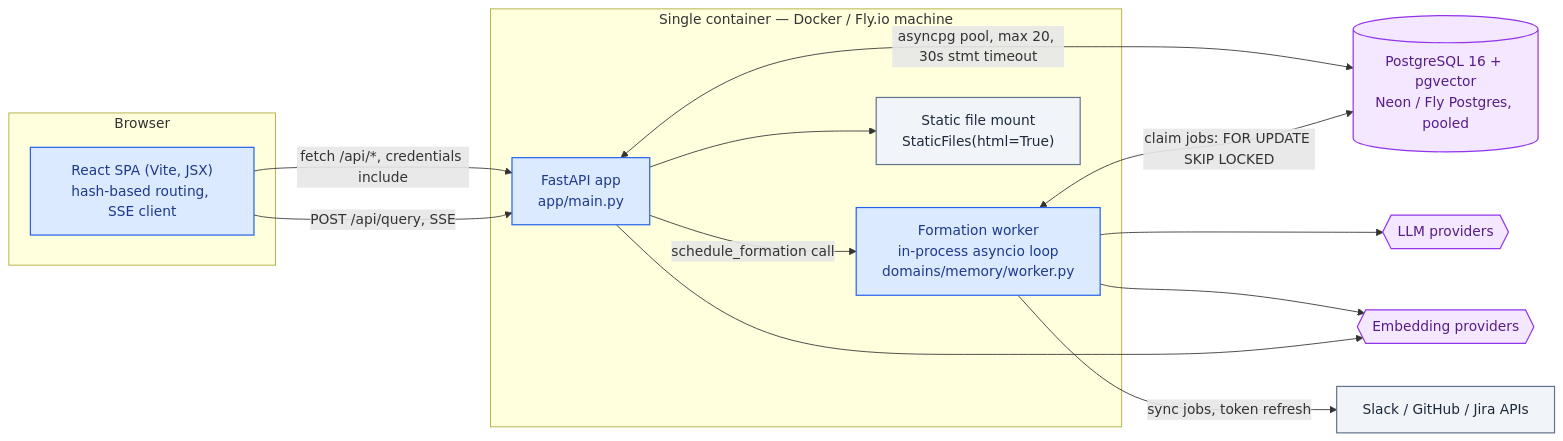
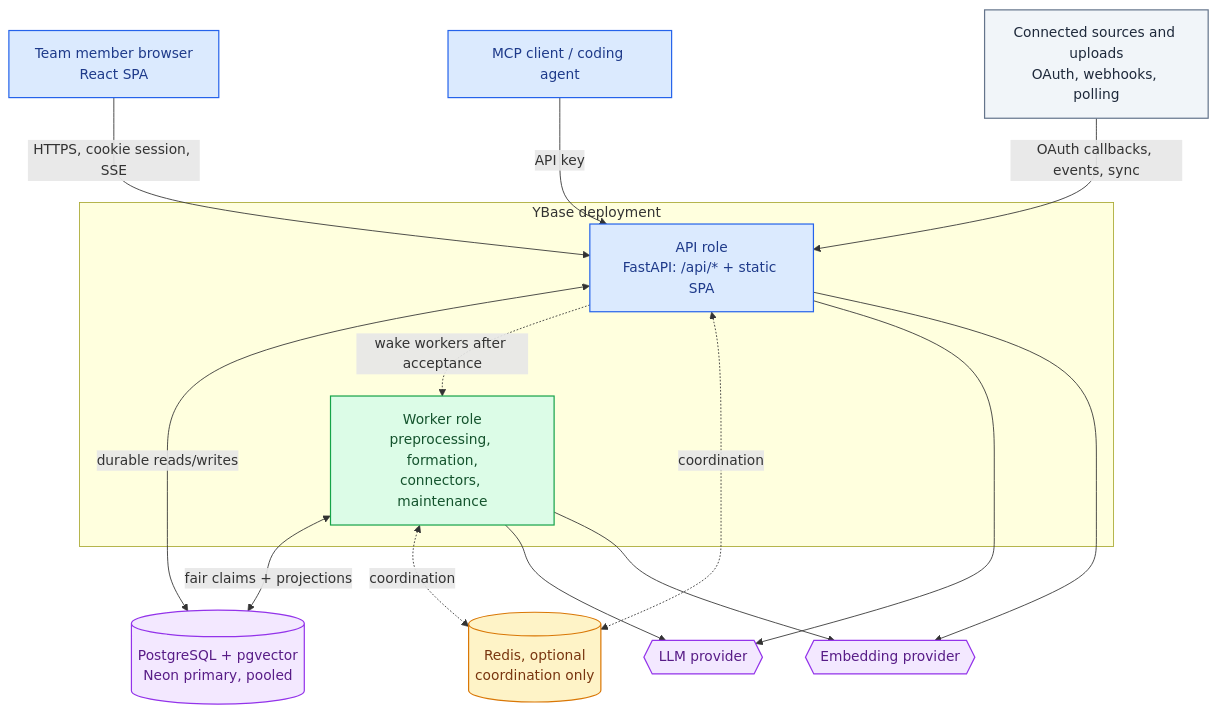
The second of 8 diagrams in README.md (KarimMakhlas/YBase), drawn with Mermaid before and after one commit. The commit also changed other lines of this file and 1 other file, not shown here.

Commit message:
docs: rebuild current architecture documentation

````diff
--- a/README.md
+++ b/README.md
@@ -103,30 +108,35 @@
 ```mermaid
-flowchart LR
-  subgraph Client["Browser"]
-    SPA["React SPA (Vite, JSX)<br/>hash-based routing, SSE client"]:::blue
+flowchart TB
+  Browser["Team member browser<br/>React SPA"]:::blue
+  Agent["MCP client / coding agent"]:::blue
+  Sources["Connected sources and uploads<br/>OAuth, webhooks, polling"]:::gray
+
+  subgraph App["YBase deployment"]
+    API["API role<br/>FastAPI: /api/* + static SPA"]:::blue
+    Worker["Worker role<br/>preprocessing, formation,<br/>connectors, maintenance"]:::green
   end
-  subgraph Server["Single container — Docker / Fly.io machine"]
-    API["FastAPI app<br/>app/main.py"]:::blue
-    Worker["Formation worker<br/>in-process asyncio loop<br/>domains/memory/worker.py"]:::blue
-    Static["Static file mount<br/>StaticFiles(html=True)"]:::gray
-  end
-  DB[(PostgreSQL 16 + pgvector<br/>Neon / Fly Postgres, pooled)]:::purple
-  LLMP{{"LLM providers"}}:::purple
-  EmbedP{{"Embedding providers"}}:::purple
-  Ext["Slack / GitHub / Jira APIs"]:::gray
 
-  SPA -->|fetch /api/*, credentials include| API
-  SPA -->|POST /api/query, SSE| API
-  API --> Static
-  API <-->|asyncpg pool, max 20, 30s stmt timeout| DB
-  Worker <-->|claim jobs: FOR UPDATE SKIP LOCKED| DB
-  API -->|schedule_formation call| Worker
-  Worker --> LLMP
-  Worker --> EmbedP
-  API --> EmbedP
-  Worker -->|sync jobs, token refresh| Ext
+  DB[(PostgreSQL + pgvector<br/>Neon primary, pooled)]:::purple
+  Redis[(Redis, optional<br/>coordination only)]:::amber
+  LLM{{"LLM provider"}}:::purple
+  Embed{{"Embedding provider"}}:::purple
+
+  Browser -->|HTTPS, cookie session, SSE| API
+  Agent -->|API key| API
+  Sources -->|OAuth callbacks, events, sync| API
+  API <-->|durable reads/writes| DB
+  Worker <-->|fair claims + projections| DB
+  API -.wake workers after acceptance.-> Worker
+  API <-.coordination.-> Redis
+  Worker <-.coordination.-> Redis
+  API --> LLM
+  API --> Embed
+  Worker --> LLM
+  Worker --> Embed
 
   classDef blue   fill:#dbeafe,stroke:#2563eb,color:#1e3a8a,stroke-width:1.4px;
+  classDef green  fill:#dcfce7,stroke:#16a34a,color:#14532d,stroke-width:1.4px;
   classDef purple fill:#f3e8ff,stroke:#9333ea,color:#581c87,stroke-width:1.4px;
+  classDef amber  fill:#fef3c7,stroke:#d97706,color:#78350f,stroke-width:1.4px;
   classDef gray   fill:#f1f5f9,stroke:#64748b,color:#1e293b,stroke-width:1.4px;
 ```
````
